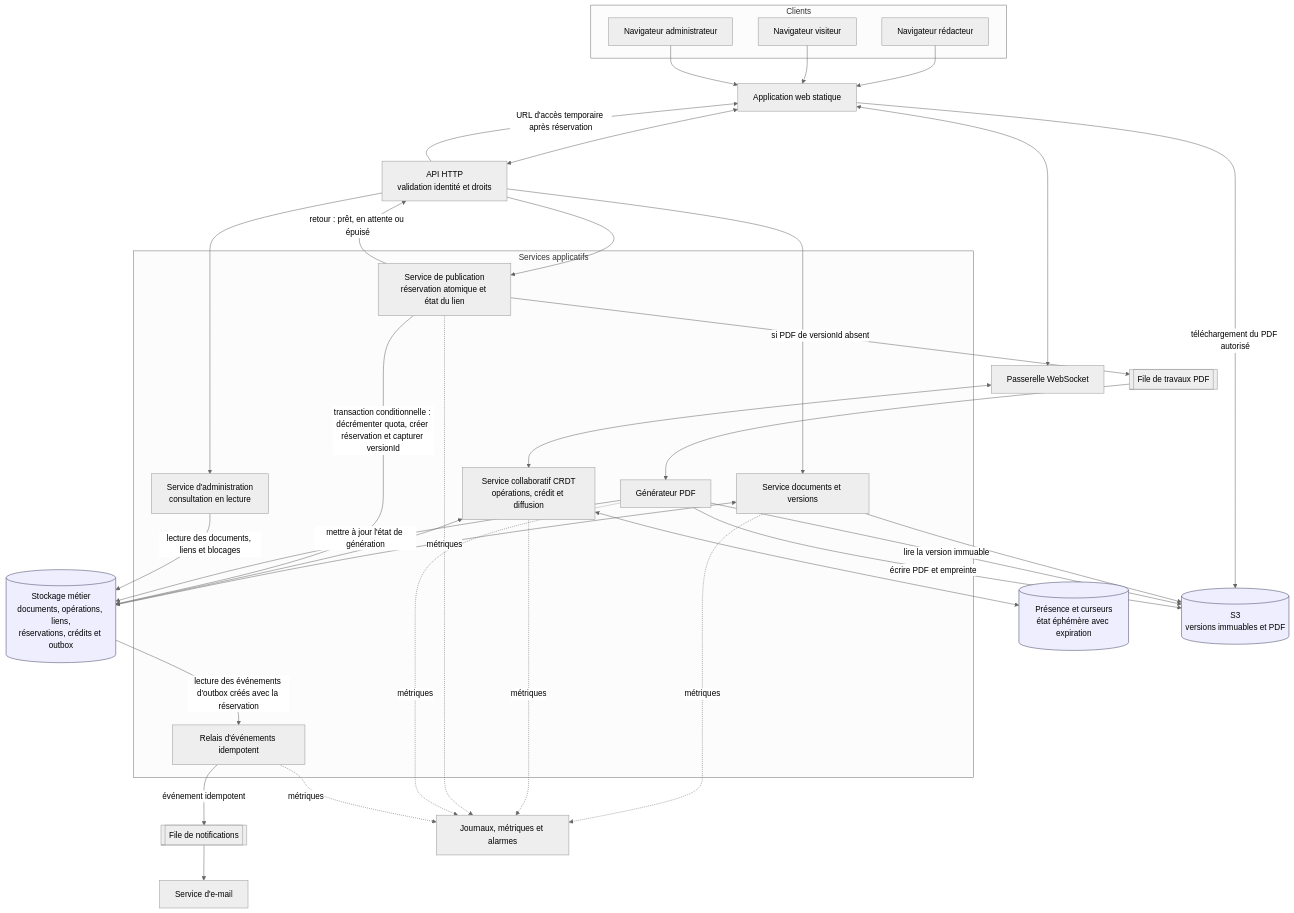
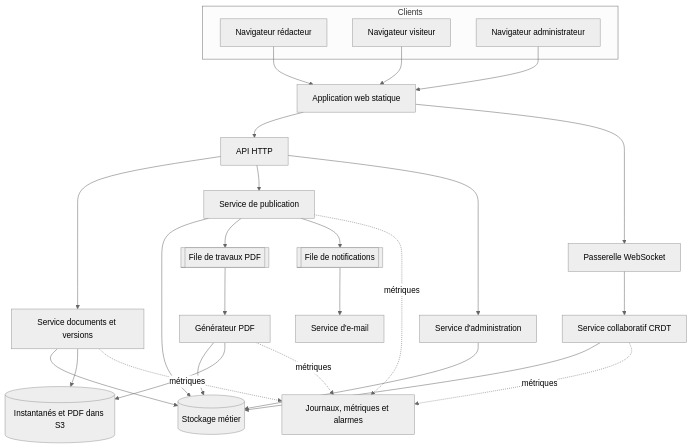
The diagram in Dossier de conception/diagrammes/02_architecture_generale.mmd (nuoremac/editeur-document-partage), drawn with Mermaid (neutral theme) before and after one commit. The commit also changed 33 other files, not shown here.

```diff
--- a/Dossier de conception/diagrammes/02_architecture_generale.mmd
+++ b/Dossier de conception/diagrammes/02_architecture_generale.mmd
@@ -1,66 +1,46 @@
 flowchart TB
     subgraph Clients["Clients"]
         R["Navigateur rédacteur"]
         V["Navigateur visiteur"]
         A["Navigateur administrateur"]
     end
 
     FE["Application web statique"]
-    HTTP["API HTTP<br/>validation identité et droits"]
+    HTTP["API HTTP"]
     WS["Passerelle WebSocket"]
-
-    subgraph Services["Services applicatifs"]
-        DOC["Service documents et versions"]
-        COLLAB["Service collaboratif CRDT<br/>opérations, crédit et diffusion"]
-        PUB["Service de publication<br/>réservation atomique et état du lien"]
-        ADMIN["Service d'administration<br/>consultation en lecture"]
-        PDF["Générateur PDF"]
-        OUTBOX["Relais d'événements idempotent"]
-    end
-
-    DB[("Stockage métier<br/>documents, opérations, liens,<br/>réservations, crédits et outbox")]
-    PRESENCE[("Présence et curseurs<br/>état éphémère avec expiration")]
-    SNAP[("S3<br/>versions immuables et PDF")]
+    DOC["Service documents et versions"]
+    COLLAB["Service collaboratif CRDT"]
+    PUB["Service de publication"]
+    ADMIN["Service d'administration"]
+    DB[("Stockage métier")]
+    SNAP[("Instantanés et PDF dans S3")]
     QUEUE[["File de travaux PDF"]]
+    PDF["Générateur PDF"]
     MAILQ[["File de notifications"]]
     MAIL["Service d'e-mail"]
     OBS["Journaux, métriques et alarmes"]
 
     R --> FE
     V --> FE
     A --> FE
-    FE <--> HTTP
-    FE <--> WS
-
+    FE --> HTTP
+    FE --> WS
     HTTP --> DOC
     HTTP --> PUB
     HTTP --> ADMIN
-    WS <--> COLLAB
-
-    DOC <--> DB
+    WS --> COLLAB
+    DOC --> DB
     DOC --> SNAP
-    COLLAB <--> DB
-    COLLAB <--> PRESENCE
-    PUB -->|"transaction conditionnelle : décrémenter quota, créer réservation et capturer versionId"| DB
-    PUB -->|"si PDF de versionId absent"| QUEUE
+    COLLAB --> DB
+    PUB --> DB
+    PUB --> QUEUE
+    PUB --> MAILQ
     QUEUE --> PDF
-    PDF -->|"lire la version immuable"| SNAP
-    PDF -->|"écrire PDF et empreinte"| SNAP
-    PDF -->|"mettre à jour l'état de génération"| DB
-    PUB -->|"retour : prêt, en attente ou épuisé"| HTTP
-    HTTP -->|"URL d'accès temporaire après réservation"| FE
-    FE -->|"téléchargement du PDF autorisé"| SNAP
-
-    DB -->|"lecture des événements d'outbox créés avec la réservation"| OUTBOX
-    OUTBOX -->|"événement idempotent"| MAILQ
+    PDF --> DB
+    PDF --> SNAP
     MAILQ --> MAIL
-
-    ADMIN -->|"lecture des documents, liens et blocages"| DB
+    ADMIN --> DB
     DOC -. métriques .-> OBS
     COLLAB -. métriques .-> OBS
     PUB -. métriques .-> OBS
     PDF -. métriques .-> OBS
-    OUTBOX -. métriques .-> OBS
-
-    classDef datastore fill:#eef,stroke:#446;
-    class DB,PRESENCE,SNAP datastore;
```
